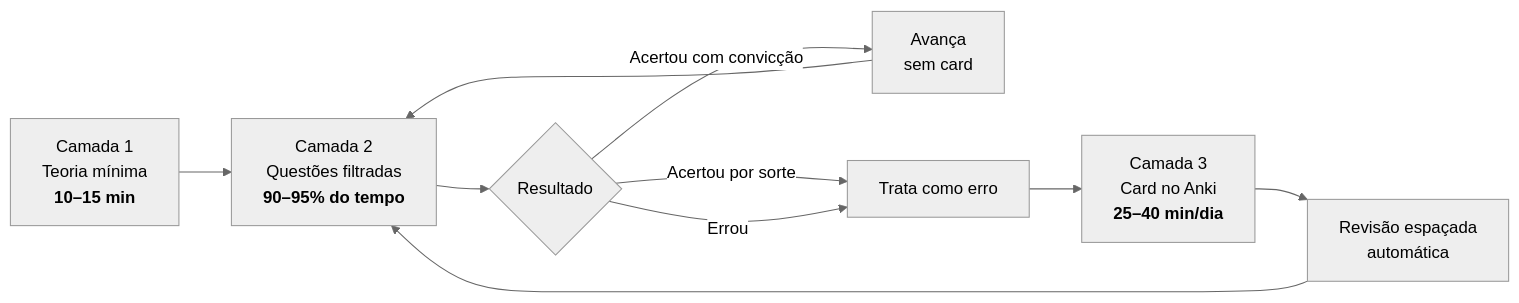
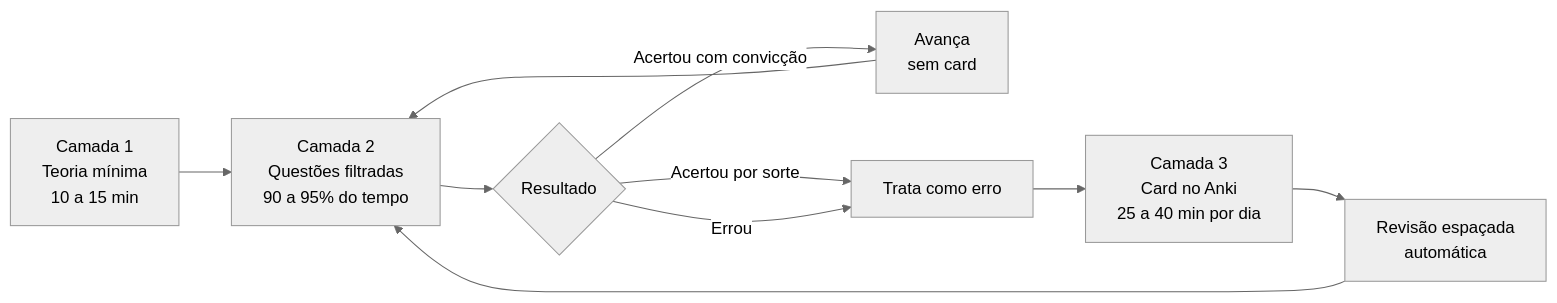
Before and after one commit to thalleskayke6/engenharia-reversa-concursos: the second of 3 diagrams in README.md, drawn with Mermaid (neutral theme). The commit also changed other lines of this file and 1 other file, not shown here.

````diff
--- a/README.md
+++ b/README.md
@@ -169,12 +160,12 @@
 ```mermaid
 flowchart LR
-    A["Camada 1<br/>Teoria mínima<br/><b>10–15 min</b>"] --> B["Camada 2<br/>Questões filtradas<br/><b>90–95% do tempo</b>"]
+    A["Camada 1<br/>Teoria mínima<br/>10 a 15 min"] --> B["Camada 2<br/>Questões filtradas<br/>90 a 95% do tempo"]
     B --> C{Resultado}
     C -->|Acertou com convicção| D["Avança<br/>sem card"]
     C -->|Acertou por sorte| E["Trata como erro"]
     C -->|Errou| E
-    E --> F["Camada 3<br/>Card no Anki<br/><b>25–40 min/dia</b>"]
+    E --> F["Camada 3<br/>Card no Anki<br/>25 a 40 min por dia"]
     F --> G["Revisão espaçada<br/>automática"]
     D --> B
     G --> B
 ```
````
